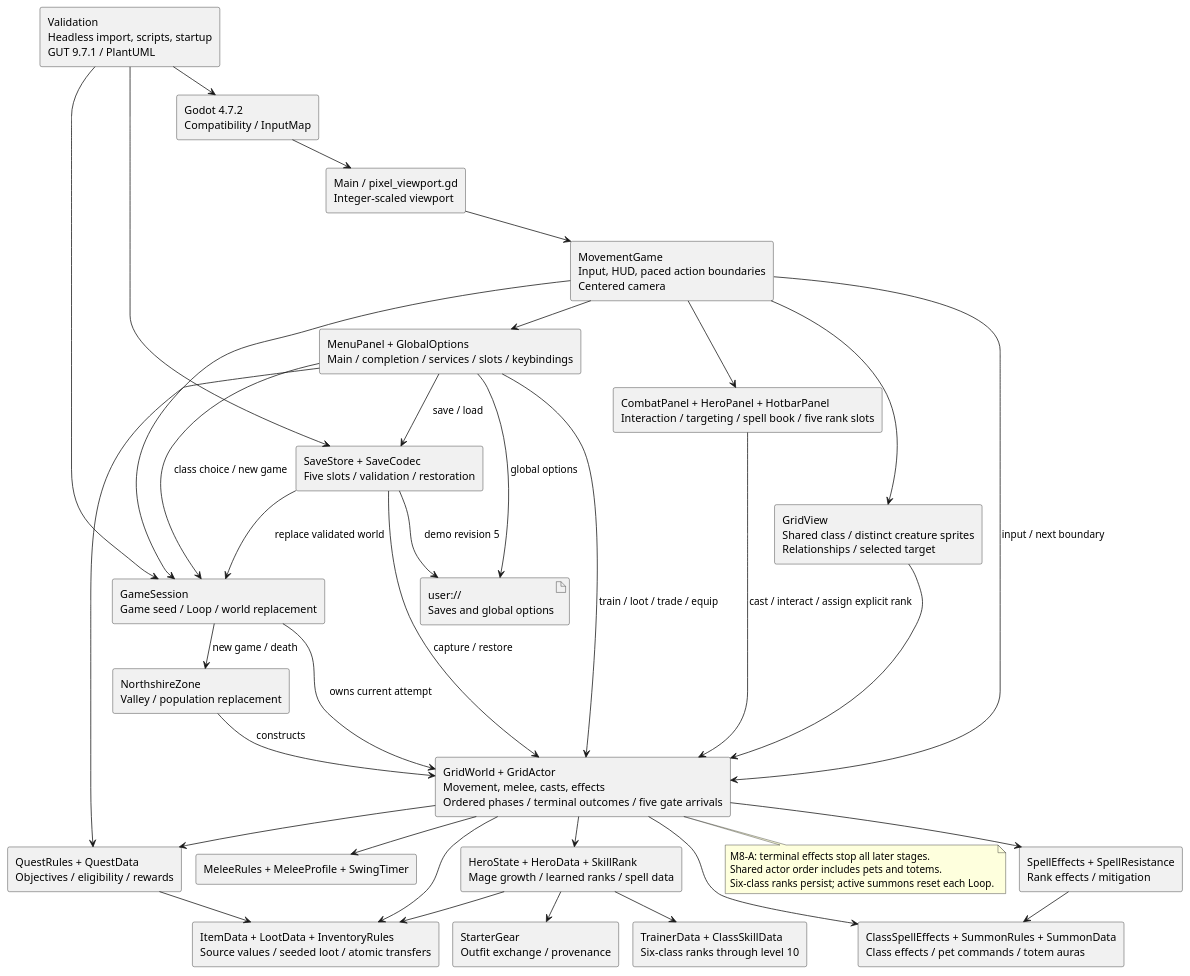
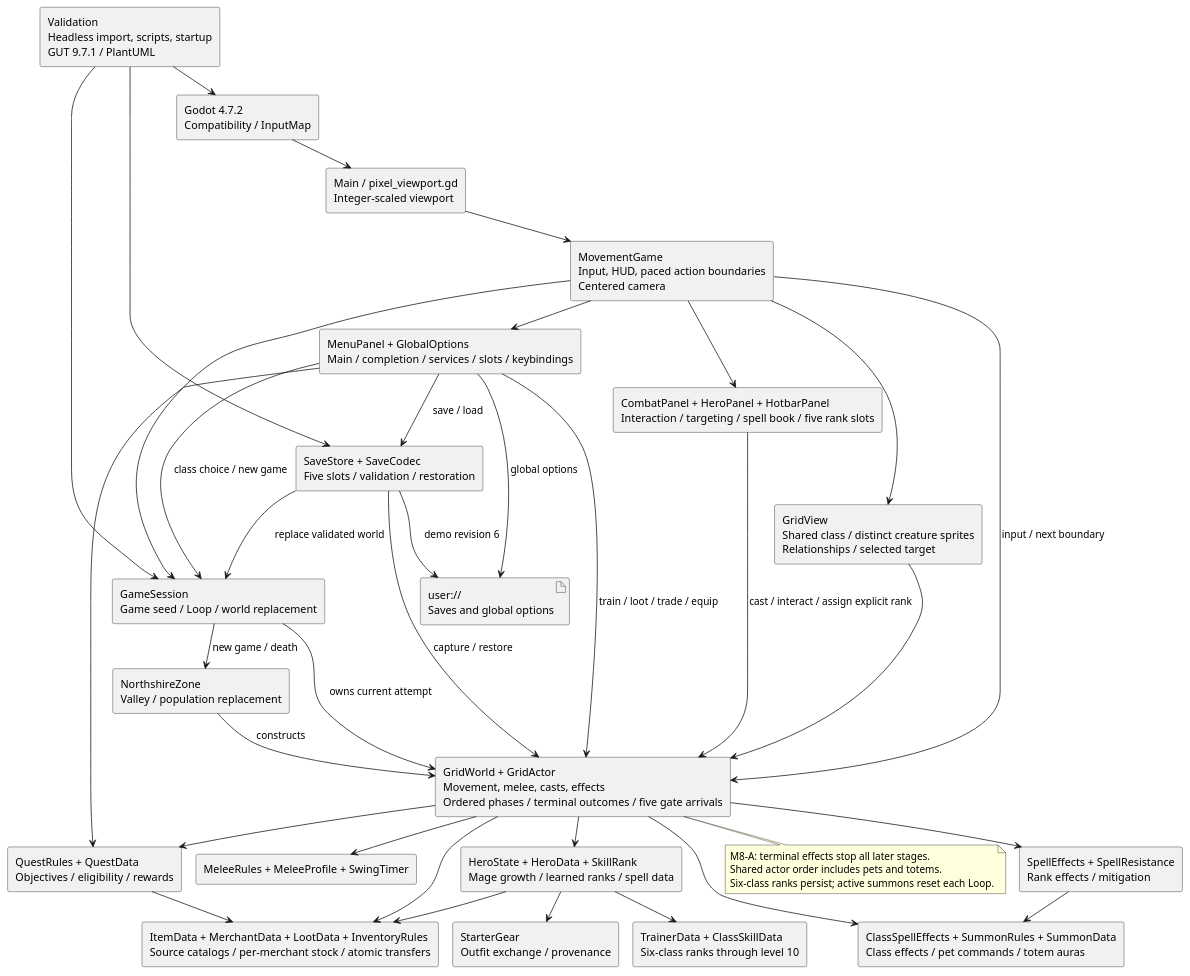
The diagram in docs/architecture/components.puml (VHonzik/Ostinato), drawn with PlantUML before and after one commit. The commit also changed 25 other files, not shown here.

```diff
--- a/docs/architecture/components.puml
+++ b/docs/architecture/components.puml
@@ -1,64 +1,64 @@
 @startuml
 !pragma layout smetana
 skinparam componentStyle rectangle
 skinparam shadowing false
 component "Godot 4.7.2\nCompatibility / InputMap" as Godot
 component "Main / pixel_viewport.gd\nInteger-scaled viewport" as Main
 component "MovementGame\nInput, HUD, paced action boundaries\nCentered camera" as Game
 component "GameSession\nGame seed / Loop / world replacement" as Session
 component "GridWorld + GridActor\nMovement, melee, casts, effects\nOrdered phases / terminal outcomes / five gate arrivals" as World
 component "NorthshireZone\nValley / population replacement" as Fixture
 component "QuestRules + QuestData\nObjectives / eligibility / rewards" as Quests
 component "HeroState + HeroData + SkillRank\nMage growth / learned ranks / spell data" as Hero
 component "StarterGear\nOutfit exchange / provenance" as Gear
 component "MeleeRules + MeleeProfile + SwingTimer" as Combat
 component "SpellEffects + SpellResistance\nRank effects / mitigation" as Spells
 component "TrainerData + ClassSkillData\nSix-class ranks through level 10" as Training
 component "ClassSpellEffects + SummonRules + SummonData\nClass effects / pet commands / totem auras" as Summons
-component "ItemData + LootData + InventoryRules\nSource values / seeded loot / atomic transfers" as Items
+component "ItemData + MerchantData + LootData + InventoryRules\nSource catalogs / per-merchant stock / atomic transfers" as Items
 component "CombatPanel + HeroPanel + HotbarPanel\nInteraction / targeting / spell book / five rank slots" as Panels
 component "MenuPanel + GlobalOptions\nMain / completion / services / slots / keybindings" as Menu
 component "SaveStore + SaveCodec\nFive slots / validation / restoration" as Saves
 component "GridView\nShared class / distinct creature sprites\nRelationships / selected target" as View
 component "Validation\nHeadless import, scripts, startup\nGUT 9.7.1 / PlantUML" as Tests
 artifact "user://\nSaves and global options" as Files
 Godot --> Main
 Main --> Game
 Game --> Session
 Session --> Fixture : new game / death
 Fixture --> World : constructs
 Session --> World : owns current attempt
 Game --> World : input / next boundary
 World --> Hero
 Hero --> Gear
 World --> Combat
 World --> Spells
 World --> Summons
 Spells --> Summons
 World --> Items
 World --> Quests
 Menu --> Quests
 Quests --> Items
 Hero --> Items
 Hero --> Training
 Menu --> World : train / loot / trade / equip
 Game --> Panels
 Panels --> World : cast / interact / assign explicit rank
 Game --> Menu
 Menu --> Session : class choice / new game
 Menu --> Saves : save / load
 Saves --> Session : replace validated world
 Saves --> World : capture / restore
 Menu --> Files : global options
-Saves --> Files : demo revision 5
+Saves --> Files : demo revision 6
 Game --> View
 View --> World
 Tests --> Godot
 Tests --> Session
 Tests --> Saves
 note bottom of World
 M8-A: terminal effects stop all later stages.
 Shared actor order includes pets and totems.
 Six-class ranks persist; active summons reset each Loop.
 end note
 @enduml
```
